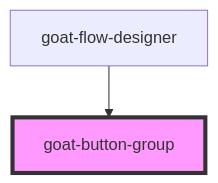
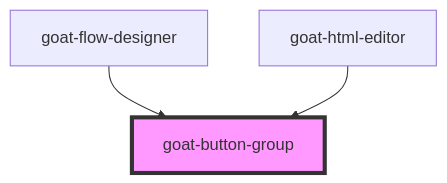
The diagram in src/components/general/button-group/readme.md (goatui/components), drawn with Mermaid before and after one commit. The commit also changed other lines of this file and 218 other files, not shown here.

````diff
--- a/src/components/general/button-group/readme.md
+++ b/src/components/general/button-group/readme.md
@@ -15,5 +16,6 @@
 ```mermaid
 graph TD;
   goat-flow-designer --> goat-button-group
+  goat-html-editor --> goat-button-group
   style goat-button-group fill:#f9f,stroke:#333,stroke-width:4px
 ```
````
